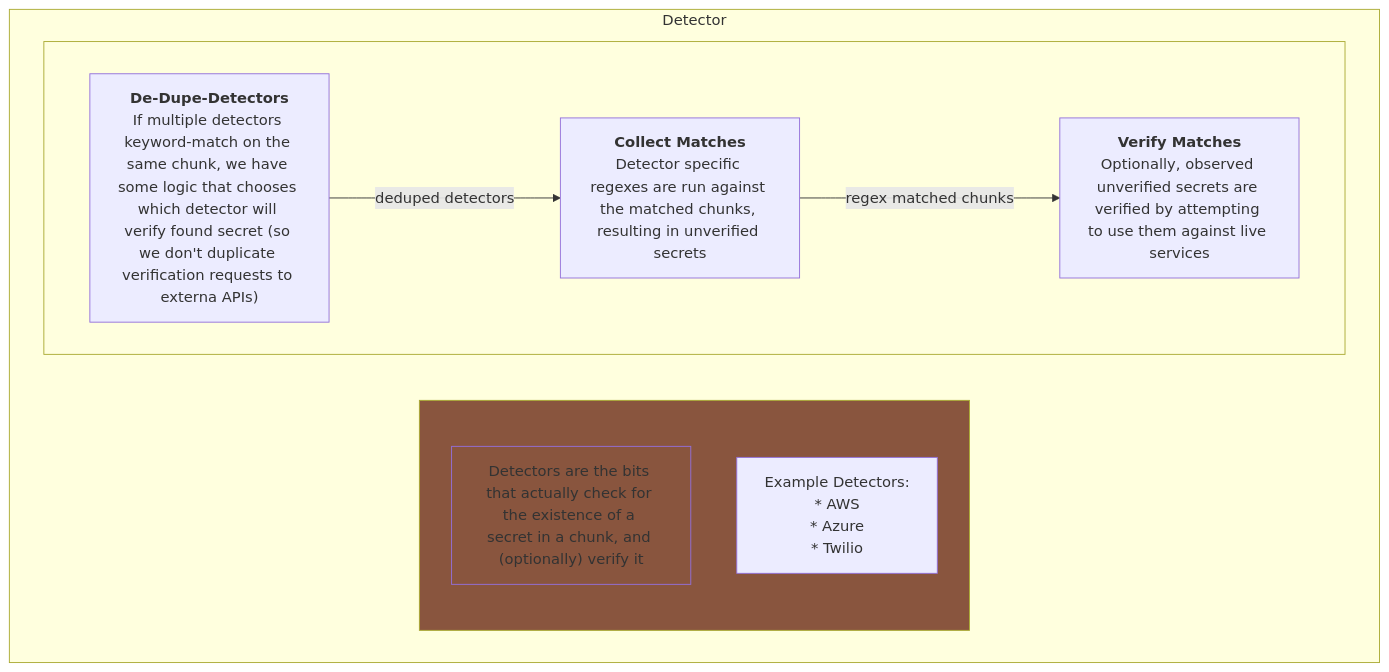
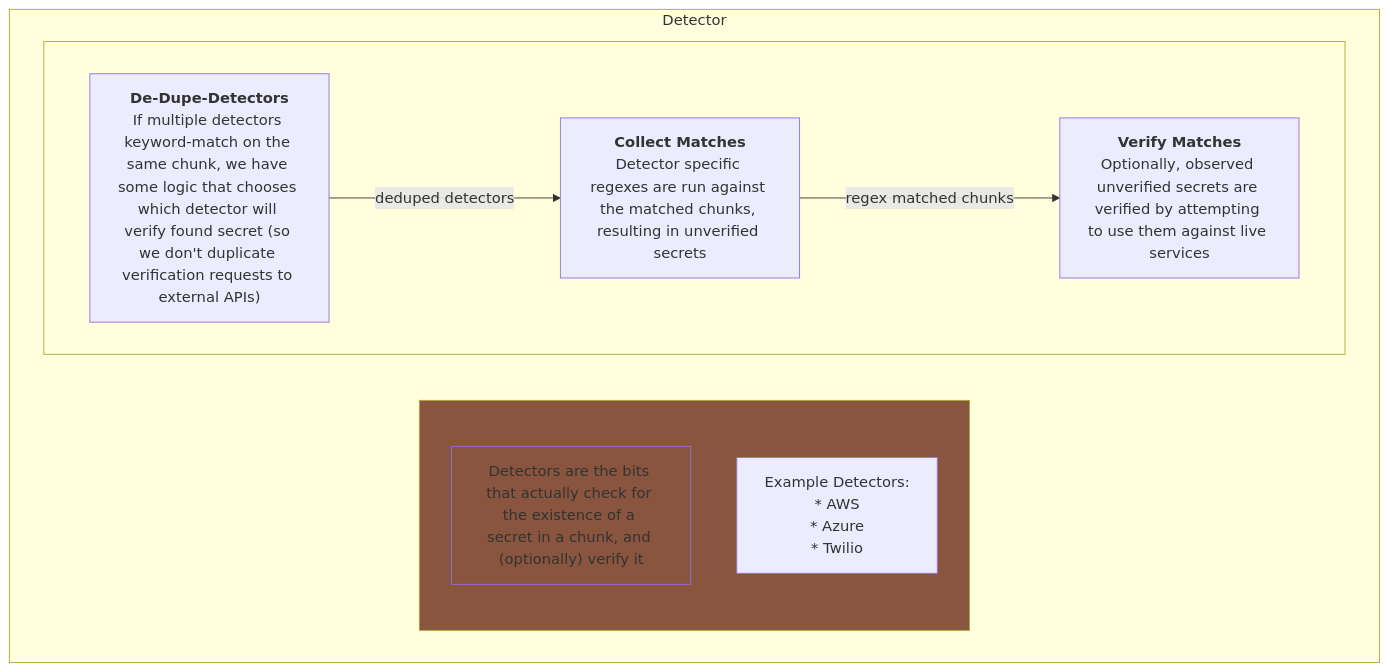
The fourth of 5 diagrams in docs/process_flow.md (trufflesecurity/trufflehog), drawn with Mermaid before and after one commit. The commit also changed other lines of this file, not shown here.

Commit message:
docs: fix typos

````diff
--- a/docs/process_flow.md
+++ b/docs/process_flow.md
@@ -90,35 +90,35 @@
 ```mermaid
 flowchart LR
 
 subgraph Detector
     direction RL
     subgraph DetectorDescription["  "]
         DetectorDescriptionText["`Detectors are the bits that actually check for the existence of a secret in a chunk, and (optionally) verify it`"]
         ExampleDetectors["`Example Detectors:
                     * AWS
                     * Azure
                     * Twilio`"]
     end
     
     subgraph DetectorResponsibility[" "]
         direction LR
 
         De-Dupe-Detectors["`**De-Dupe-Detectors**
 
-If multiple detectors keyword-match on the same chunk, we have some logic that chooses which detector will verify found secret (so we don't duplicate verification requests to externa APIs)`"]
+If multiple detectors keyword-match on the same chunk, we have some logic that chooses which detector will verify found secret (so we don't duplicate verification requests to external APIs)`"]
 
         CollectMatches["`**Collect Matches**
 
 Detector specific regexes are run against the matched chunks, resulting in unverified secrets`"]
         VerifyMatches["`**Verify Matches**
 
 Optionally, observed unverified secrets are verified by attempting to use them against live services`"]
         
         De-Dupe-Detectors -- deduped detectors --> CollectMatches
         CollectMatches -- regex matched chunks --> VerifyMatches
     end
     
     style DetectorDescription fill:#89553e
     style DetectorDescriptionText fill:#89553e
 end
 ```
````
